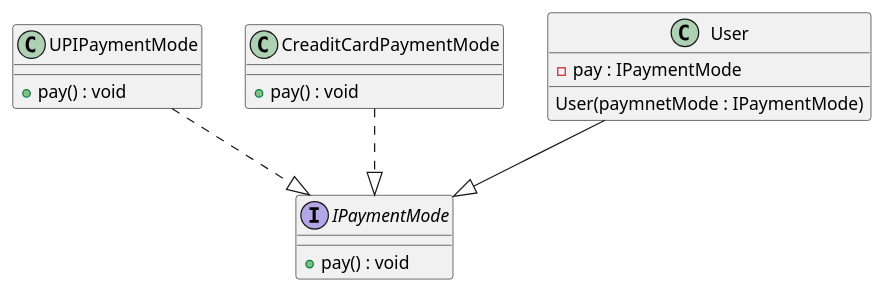
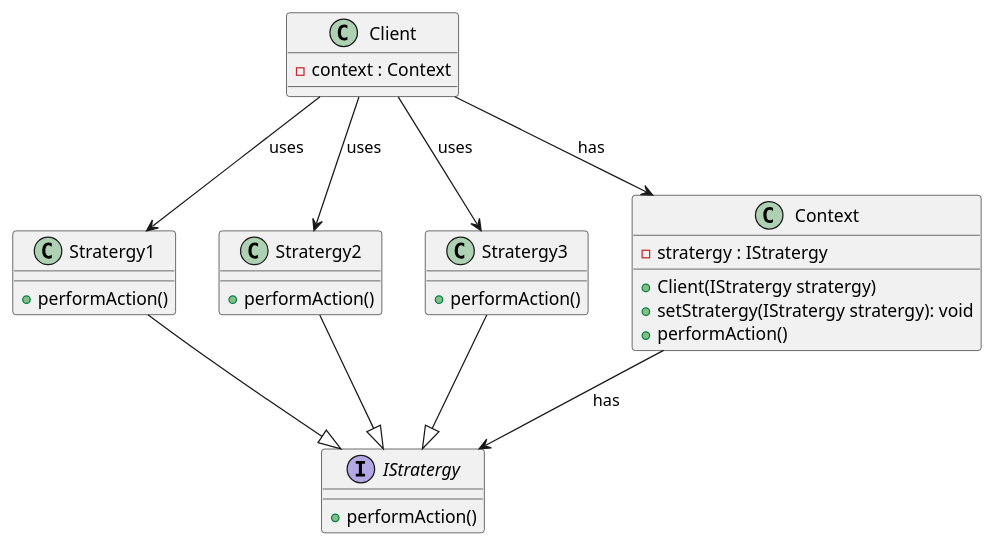
One commit to Rishikesh75/Coding changed the diagram in LLD/DesignPatterns/Behavioural Design patterns/UMLDiagram/StratergyDesignPattern.puml. Above: the diagram before and after it, drawn with PlantUML. The commit also changed 60 other files, not shown here.

```diff
--- a/LLD/DesignPatterns/Behavioural Design patterns/UMLDiagram/StratergyDesignPattern.puml
+++ b/LLD/DesignPatterns/Behavioural Design patterns/UMLDiagram/StratergyDesignPattern.puml
@@ -1,33 +1,54 @@
 @startuml
 
-'Interfaces
-interface IPaymentMode
+interface IStratergy
 {
-    + pay() : void
+  + performAction()
+}
+
+class Stratergy1 
+{
+  + performAction()
+}
+
+class Stratergy2
+{
+  + performAction()
+}
+
+class Stratergy3
+{
+ + performAction()
+}
+
+Stratergy1 --|> IStratergy
+
+Stratergy2 --|> IStratergy
+
+Stratergy3 --|> IStratergy
+
+Context --> IStratergy : has
+
+Client --> Stratergy1 : uses
+Client --> Stratergy2 : uses
+Client --> Stratergy3 : uses
+Client --> Context : has
+class Context
+{
+  - stratergy : IStratergy 
+  
+  + Client(IStratergy stratergy)
+  + setStratergy(IStratergy stratergy): void
+  + performAction()
+}
+
+class Client
+{
+  - context : Context
+  
+  
 }
 
 
-'Classes
-class UPIPaymentMode
-{
-    + pay() : void
-}
 
-class CreaditCardPaymentMode
-{
-    + pay() : void
-}
-
-class User
-{
-    - pay : IPaymentMode
-
-    User(paymnetMode : IPaymentMode)
-}
-
-'Relations
-UPIPaymentMode ..|> IPaymentMode
-CreaditCardPaymentMode ..|> IPaymentMode
-User --|> IPaymentMode
 
 @enduml
```
